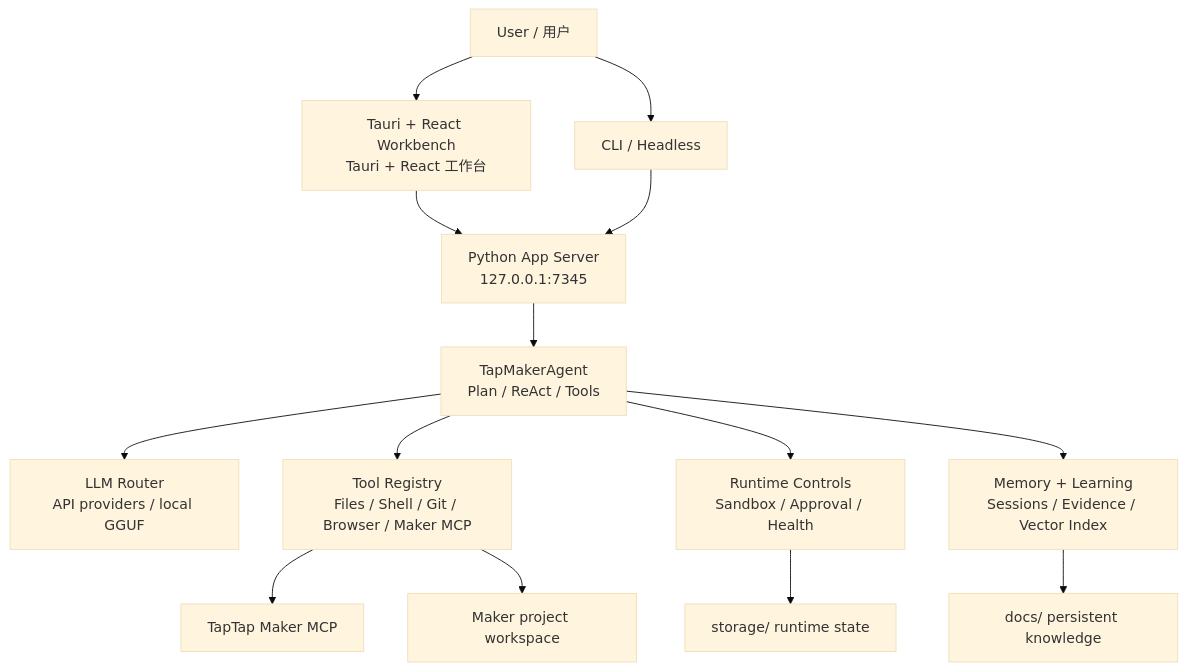
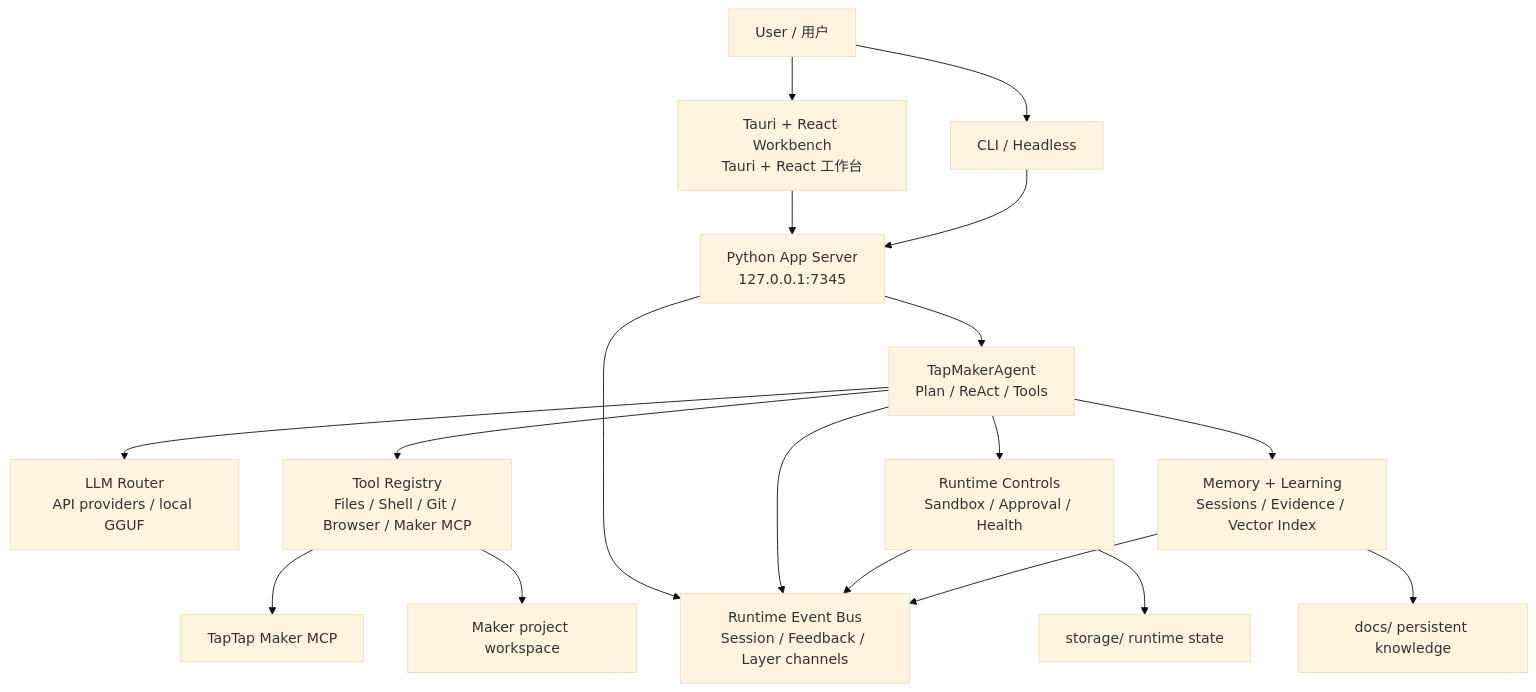
Before and after one commit to KingSystemHaiGo/TTMEvolve: the diagram in README.md, drawn with Mermaid (base theme). The commit also changed other lines of this file and 6 other files, not shown here.

Commit message:
feat: add runtime event bus foundation

````diff
--- a/README.md
+++ b/README.md
@@ -72,19 +72,23 @@
 ```mermaid
 flowchart TB
     User["User / 用户"] --> GUI["Tauri + React Workbench<br/>Tauri + React 工作台"]
     User --> CLI["CLI / Headless"]
 
     GUI --> Server["Python App Server<br/>127.0.0.1:7345"]
     CLI --> Server
 
     Server --> Agent["TapMakerAgent<br/>Plan / ReAct / Tools"]
     Agent --> LLM["LLM Router<br/>API providers / local GGUF"]
     Agent --> Tools["Tool Registry<br/>Files / Shell / Git / Browser / Maker MCP"]
     Agent --> Runtime["Runtime Controls<br/>Sandbox / Approval / Health"]
     Agent --> Memory["Memory + Learning<br/>Sessions / Evidence / Vector Index"]
+    Server --> Bus["Runtime Event Bus<br/>Session / Feedback / Layer channels"]
+    Agent --> Bus
+    Runtime --> Bus
+    Memory --> Bus
 
     Tools --> Maker["TapTap Maker MCP"]
     Tools --> Project["Maker project workspace"]
     Runtime --> Storage["storage/ runtime state"]
     Memory --> Docs["docs/ persistent knowledge"]
 ```
````
